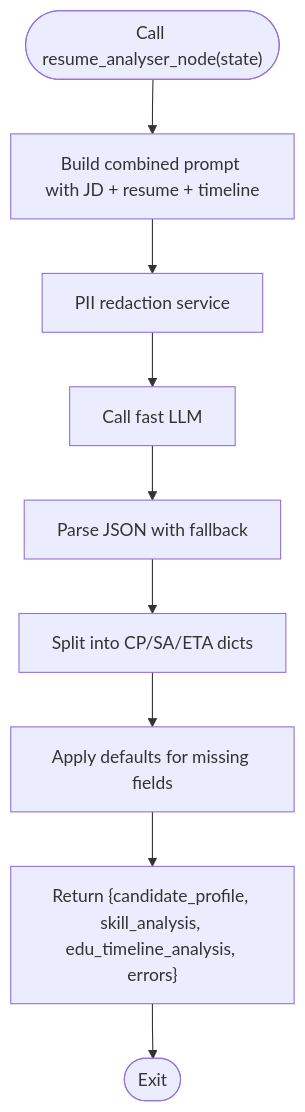
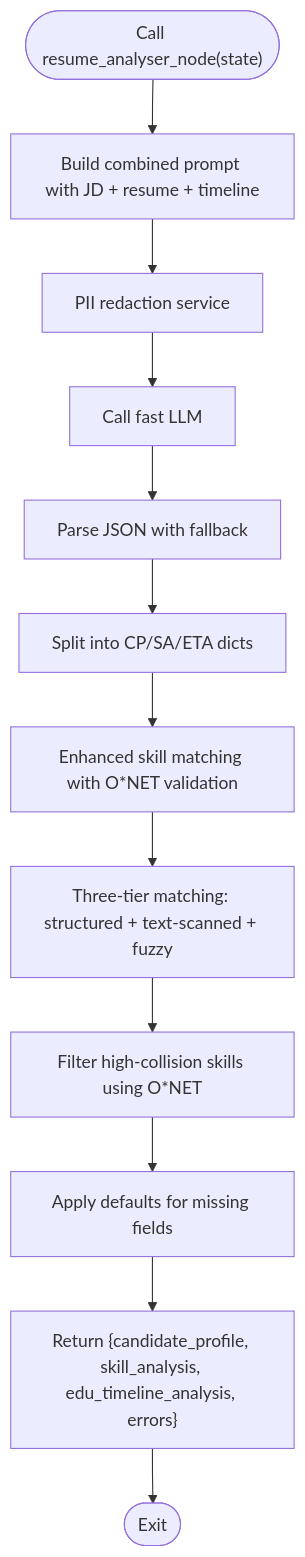
The fifth of 9 diagrams in .qoder/repowiki/en/content/Analysis Engine/Agent Pipeline (LangGraph).md (Revanththetalogics/aireume), drawn with Mermaid before and after one commit. The commit also changed other lines of this file and 41 other files, not shown here.

Commit message:
feat: ATS evolution sprint — auto skill tagging, kanban board, candidate profile, tenant email config

````diff
--- a/.qoder/repowiki/en/content/Analysis Engine/Agent Pipeline (LangGraph).md
+++ b/.qoder/repowiki/en/content/Analysis Engine/Agent Pipeline (LangGraph).md
@@ -229,11 +242,14 @@
 ```mermaid
 flowchart TD
 Start(["Call resume_analyser_node(state)"]) --> BuildPrompt["Build combined prompt with JD + resume + timeline"]
 BuildPrompt --> PII["PII redaction service"]
 PII --> CallLLM["Call fast LLM"]
 CallLLM --> Parse["Parse JSON with fallback"]
 Parse --> Split["Split into CP/SA/ETA dicts"]
-Split --> Defaults["Apply defaults for missing fields"]
-Defaults --> ReturnState["Return {candidate_profile, skill_analysis, edu_timeline_analysis, errors}"]
+Split --> EnhancedSkills["Enhanced skill matching with O*NET validation"]
+EnhancedSkills --> ThreeTier["Three-tier matching: structured + text-scanned + fuzzy"]
+ThreeTier --> FilterHighCollision["Filter high-collision skills using O*NET"]
+FilterHighCollision --> ApplyDefaults["Apply defaults for missing fields"]
+ApplyDefaults --> ReturnState["Return {candidate_profile, skill_analysis, edu_timeline_analysis, errors}"]
 ReturnState --> End(["Exit"])
 ```
````
